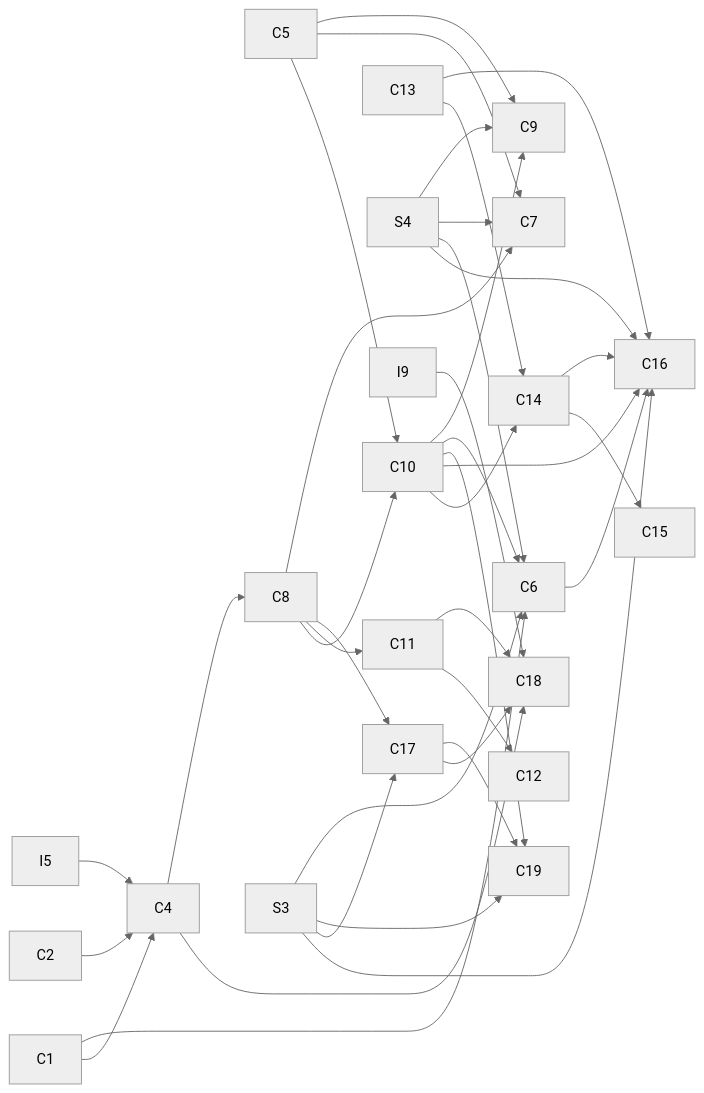
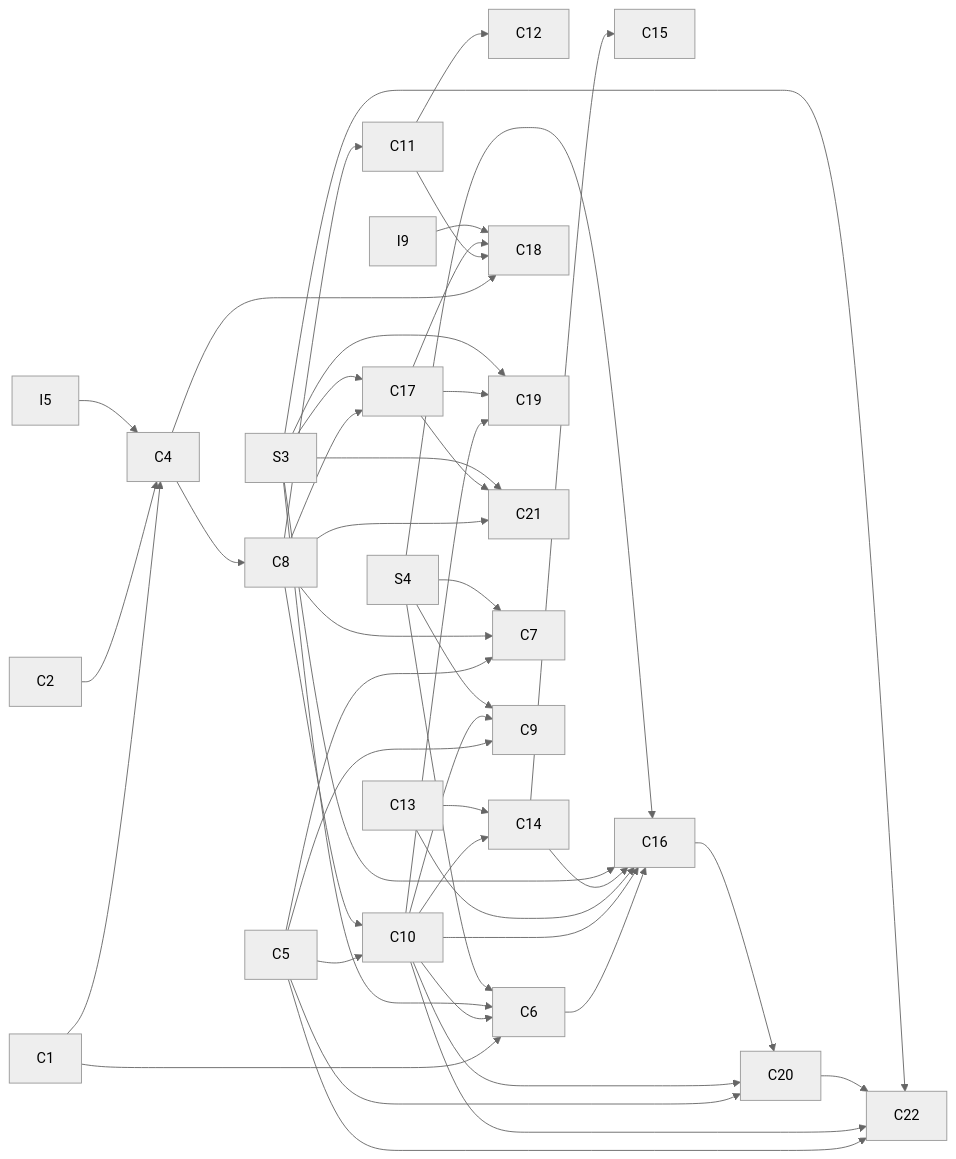
The diagram in blueprint.md (LeoLourson/Learning-Lean), drawn with Mermaid (neutral theme) before and after one commit. The commit also changed other lines of this file and 96 other files, not shown here.

````diff
--- a/blueprint.md
+++ b/blueprint.md
@@ -63,39 +81,49 @@
 ```mermaid
 graph LR
   C5[C5] --> C10[C10]
   C8[C8] --> C10[C10]
   C8[C8] --> C11[C11]
   C11[C11] --> C12[C12]
   C10[C10] --> C14[C14]
   C13[C13] --> C14[C14]
   C14[C14] --> C15[C15]
   C6[C6] --> C16[C16]
   C10[C10] --> C16[C16]
   C13[C13] --> C16[C16]
   C14[C14] --> C16[C16]
   S3[S3] --> C16[C16]
   S4[S4] --> C16[C16]
   C8[C8] --> C17[C17]
   S3[S3] --> C17[C17]
   C4[C4] --> C18[C18]
   C11[C11] --> C18[C18]
   C17[C17] --> C18[C18]
   I9[I9] --> C18[C18]
   C10[C10] --> C19[C19]
   C17[C17] --> C19[C19]
   S3[S3] --> C19[C19]
+  C5[C5] --> C20[C20]
+  C10[C10] --> C20[C20]
+  C16[C16] --> C20[C20]
+  C8[C8] --> C21[C21]
+  C17[C17] --> C21[C21]
+  S3[S3] --> C21[C21]
+  C5[C5] --> C22[C22]
+  C10[C10] --> C22[C22]
+  C20[C20] --> C22[C22]
+  S3[S3] --> C22[C22]
   C1[C1] --> C4[C4]
   C2[C2] --> C4[C4]
   I5[I5] --> C4[C4]
   C1[C1] --> C6[C6]
   C10[C10] --> C6[C6]
   S3[S3] --> C6[C6]
   S4[S4] --> C6[C6]
   C5[C5] --> C7[C7]
   C8[C8] --> C7[C7]
   S4[S4] --> C7[C7]
   C4[C4] --> C8[C8]
   C5[C5] --> C9[C9]
   C10[C10] --> C9[C9]
   S4[S4] --> C9[C9]
 ```
````
